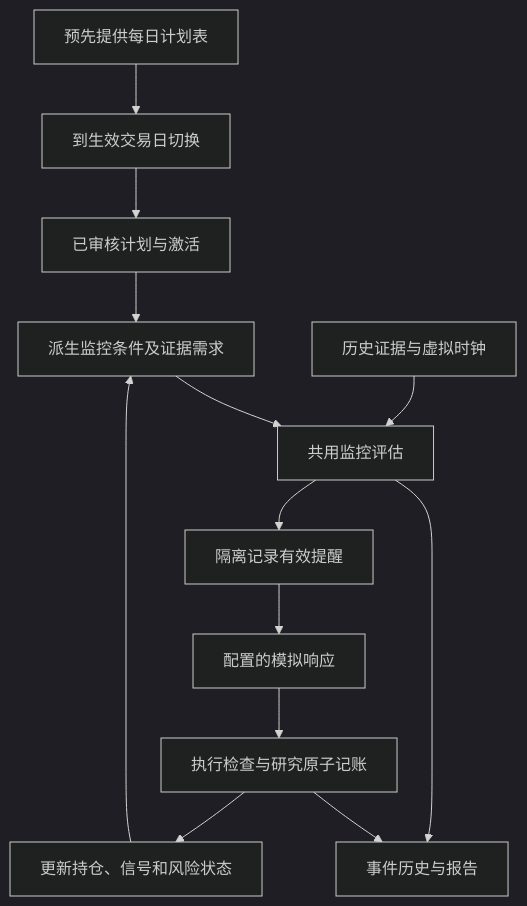
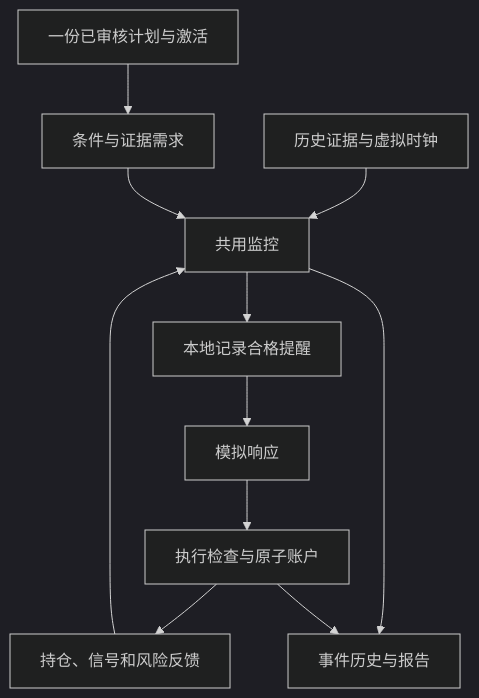
Before and after one commit to xiedc1227-bot/trade-plan-monitor: the diagram in docs/specifications/backtesting/PROPOSAL-monitor-loop-backtest.zh-CN.md, drawn with Mermaid (dark theme). The commit also changed other lines of this file and 23 other files, not shown here.

````diff
--- a/docs/specifications/backtesting/PROPOSAL-monitor-loop-backtest.zh-CN.md
+++ b/docs/specifications/backtesting/PROPOSAL-monitor-loop-backtest.zh-CN.md
@@ -39,15 +36,13 @@
 ```mermaid
 flowchart TD
-    P[已审核计划与激活] --> C[派生监控条件及证据需求]
-    H[历史证据与虚拟时钟] --> M[共用监控评估]
+    P[一份已审核计划与激活] --> C[条件与证据需求]
+    H[历史证据与虚拟时钟] --> M[共用监控]
     C --> M
-    M --> R[隔离记录有效提醒]
-    R --> A[配置的模拟响应]
-    A --> E[执行检查与研究原子记账]
-    E --> U[更新持仓、信号和风险状态]
-    U --> C
-    V[预先提供每日计划表] --> T[到生效交易日切换]
-    T --> P
+    M --> R[本地记录合格提醒]
+    R --> A[模拟响应]
+    A --> E[执行检查与原子账户]
+    E --> U[持仓、信号和风险反馈]
+    U --> M
     M --> J[事件历史与报告]
     E --> J
 ```
````
